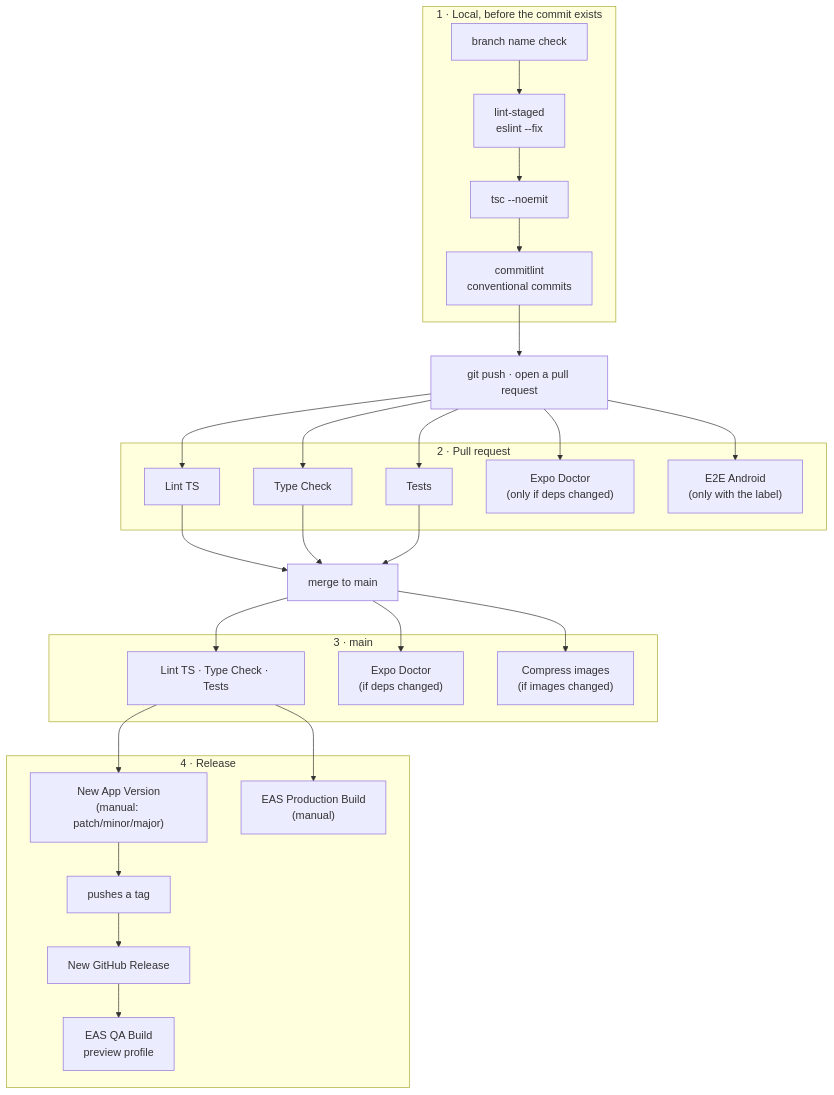
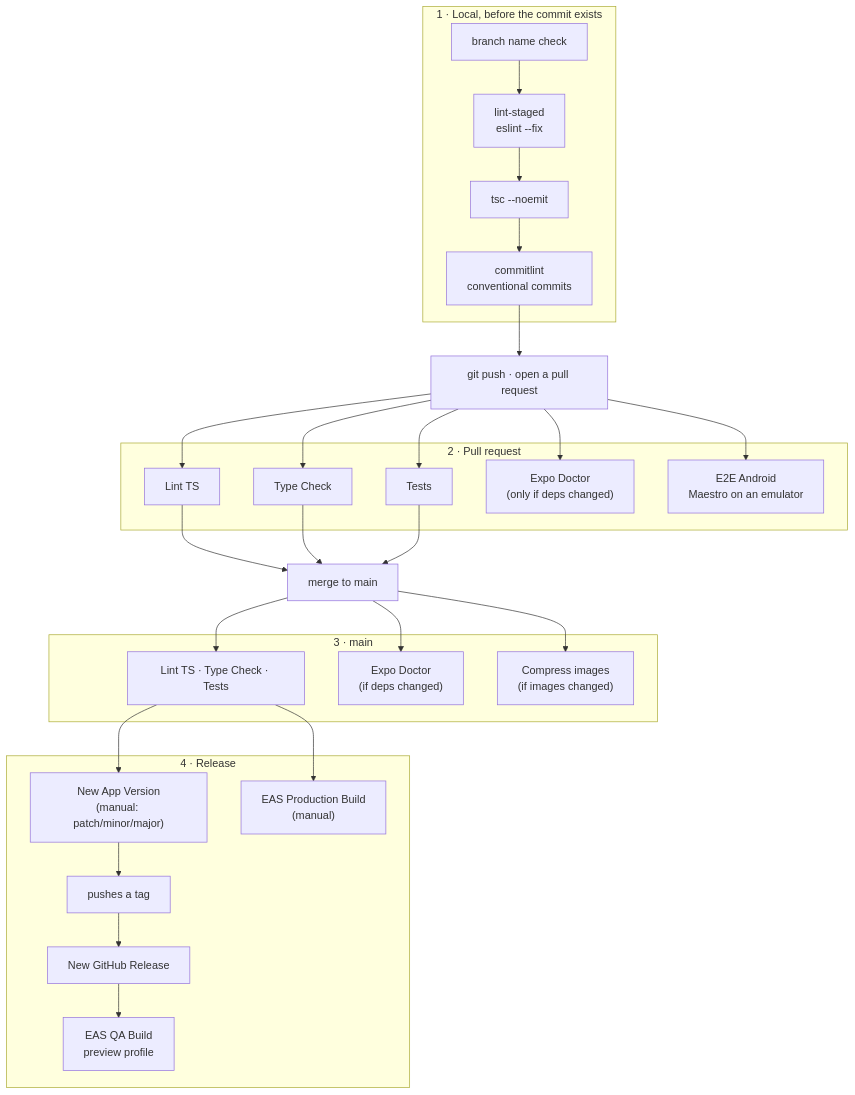
One commit to TiagoOlivv/s-expo changed the diagram in README.md. Above: the diagram before and after it, drawn with Mermaid. The commit also changed other lines of this file and 12 other files, not shown here.

````diff
--- a/README.md
+++ b/README.md
@@ -61,40 +61,40 @@
 ```mermaid
 flowchart TD
     subgraph L["1 · Local, before the commit exists"]
         L1["branch name check"] --> L2["lint-staged<br/>eslint --fix"] --> L3["tsc --noemit"] --> L4["commitlint<br/>conventional commits"]
     end
 
     L4 --> PR["git push · open a pull request"]
 
     subgraph P["2 · Pull request"]
         P1["Lint TS"]
         P2["Type Check"]
         P3["Tests"]
         P4["Expo Doctor<br/>(only if deps changed)"]
-        P5["E2E Android<br/>(only with the label)"]
+        P5["E2E Android<br/>Maestro on an emulator"]
     end
 
     PR --> P1 & P2 & P3 & P4 & P5
 
     P1 & P2 & P3 --> M["merge to main"]
 
     subgraph MA["3 · main"]
         M1["Lint TS · Type Check · Tests"]
         M2["Expo Doctor<br/>(if deps changed)"]
         M3["Compress images<br/>(if images changed)"]
     end
 
     M --> M1 & M2 & M3
 
     subgraph R["4 · Release"]
         R1["New App Version<br/>(manual: patch/minor/major)"]
         R2["pushes a tag"]
         R3["New GitHub Release"]
         R4["EAS QA Build<br/>preview profile"]
         R5["EAS Production Build<br/>(manual)"]
         R1 --> R2 --> R3 --> R4
     end
 
     M1 --> R1
     M1 --> R5
 ```
````
